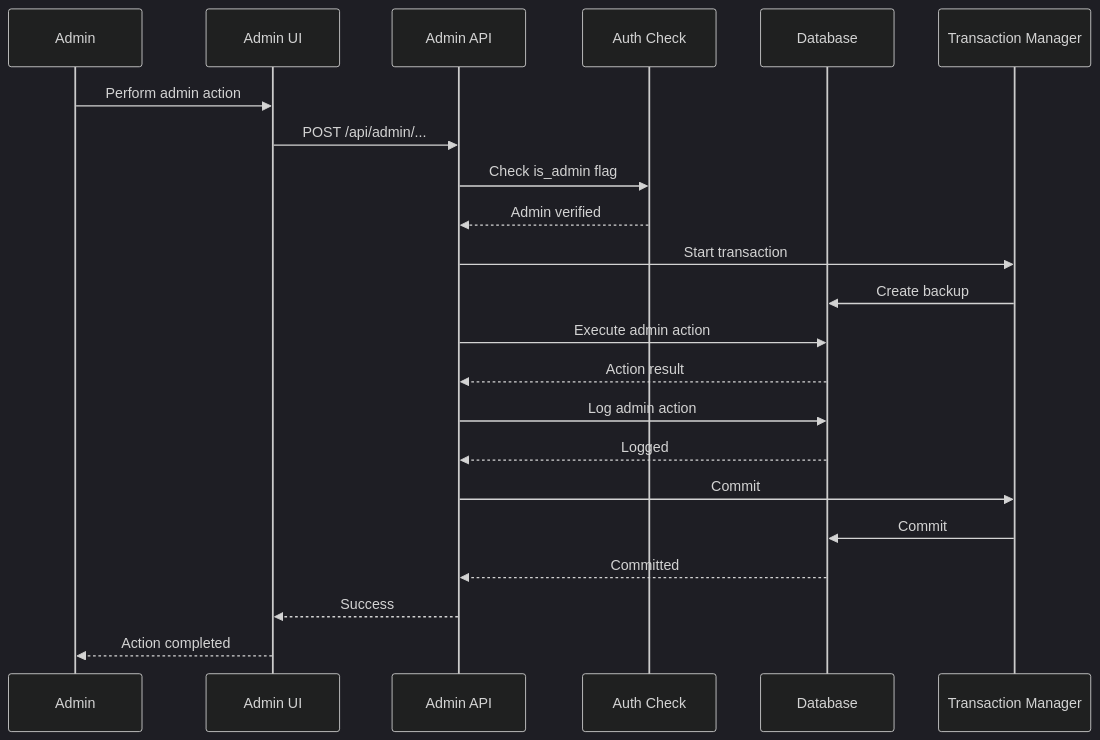
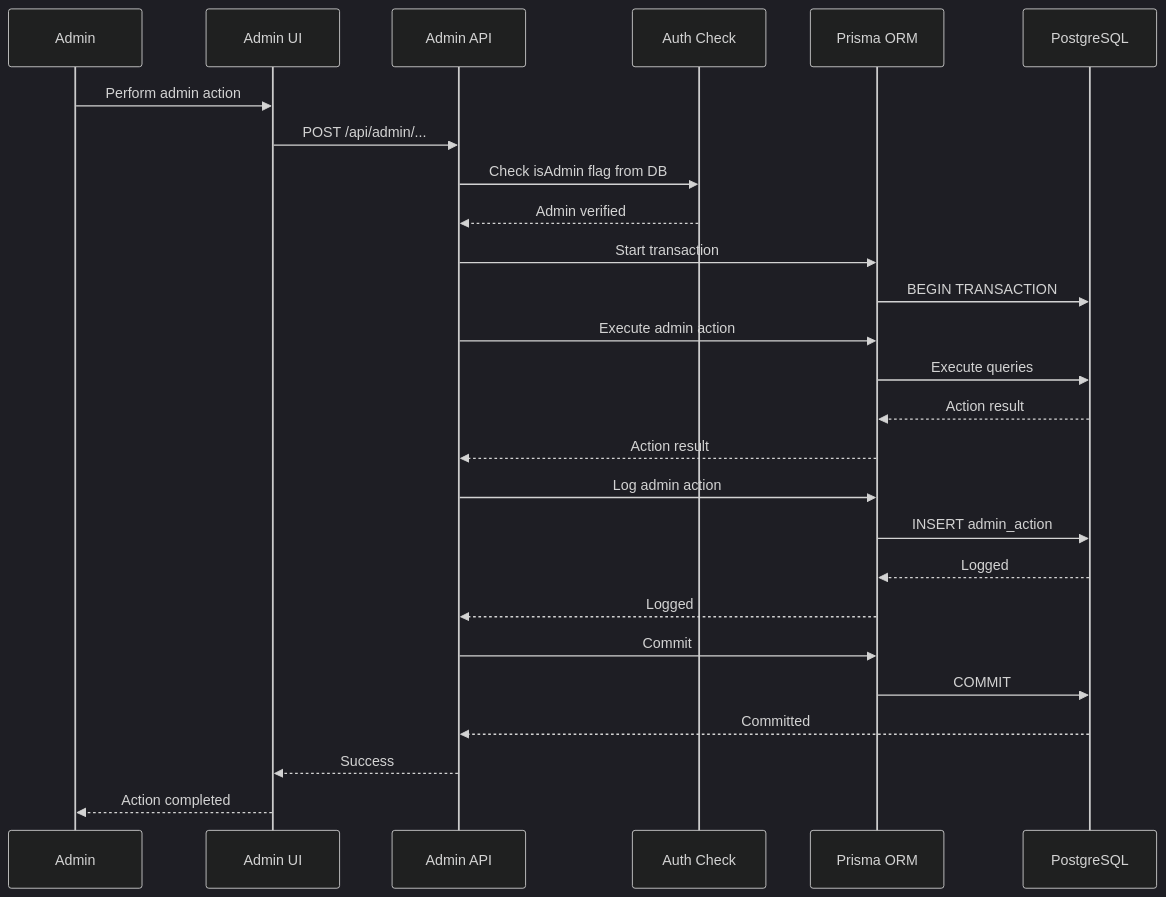
Diagram 15 of 17 in doc/architecture.md (UziB26/leagueladder), drawn with Mermaid (dark theme) before and after one commit. The commit also changed other lines of this file and 7 other files, not shown here.

````diff
--- a/doc/architecture.md
+++ b/doc/architecture.md
@@ -608,25 +730,29 @@
 ```mermaid
 sequenceDiagram
     participant Admin
     participant UI as Admin UI
     participant API as Admin API
     participant Auth as Auth Check
-    participant DB as Database
-    participant Transaction as Transaction Manager
+    participant Prisma as Prisma ORM
+    participant DB as PostgreSQL
 
     Admin->>UI: Perform admin action
     UI->>API: POST /api/admin/...
-    API->>Auth: Check is_admin flag
+    API->>Auth: Check isAdmin flag from DB
     Auth-->>API: Admin verified
-    API->>Transaction: Start transaction
-    Transaction->>DB: Create backup
-    API->>DB: Execute admin action
-    DB-->>API: Action result
-    API->>DB: Log admin action
-    DB-->>API: Logged
-    API->>Transaction: Commit
-    Transaction->>DB: Commit
+    API->>Prisma: Start transaction
+    Prisma->>DB: BEGIN TRANSACTION
+    API->>Prisma: Execute admin action
+    Prisma->>DB: Execute queries
+    DB-->>Prisma: Action result
+    Prisma-->>API: Action result
+    API->>Prisma: Log admin action
+    Prisma->>DB: INSERT admin_action
+    DB-->>Prisma: Logged
+    Prisma-->>API: Logged
+    API->>Prisma: Commit
+    Prisma->>DB: COMMIT
     DB-->>API: Committed
     API-->>UI: Success
     UI-->>Admin: Action completed
 ```
````
